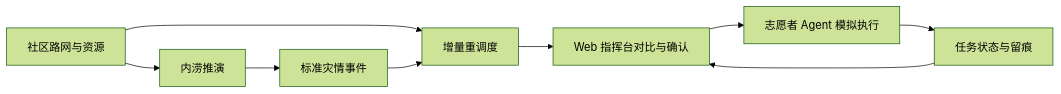
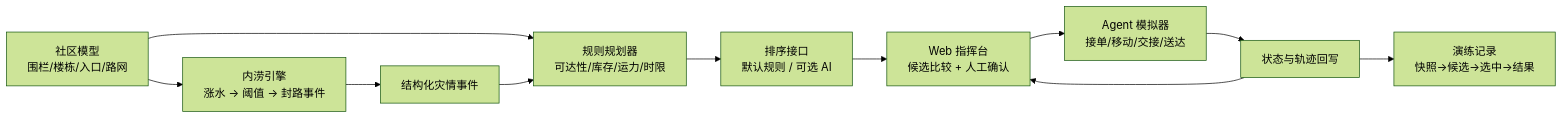
The diagram in docs/architecture.md (limi124/GeoRelay), drawn with Mermaid (forest theme) before and after one commit. The commit also changed other lines of this file and 142 other files, not shown here.

````diff
--- a/docs/architecture.md
+++ b/docs/architecture.md
@@ -5,11 +5,13 @@
 ```mermaid
 flowchart LR
-    A["社区路网与资源"] --> B["内涝推演"]
-    A --> D["增量重调度"]
-    B --> C["标准灾情事件"]
+    A["社区模型<br/>围栏/楼栋/入口/路网"] --> B["内涝引擎<br/>涨水 → 阈值 → 封路事件"]
+    A --> D["规则规划器<br/>可达性/库存/运力/时限"]
+    B --> C["结构化灾情事件"]
     C --> D
-    D --> E["Web 指挥台对比与确认"]
-    E --> F["志愿者 Agent 模拟执行"]
-    F --> G["任务状态与留痕"]
-    G --> E
+    D --> E["排序接口<br/>默认规则 / 可选 AI"]
+    E --> F["Web 指挥台<br/>候选比较 + 人工确认"]
+    F --> G["Agent 模拟器<br/>接单/移动/交接/送达"]
+    G --> H["状态与轨迹回写"]
+    H --> F
+    H --> I["演练记录<br/>快照→候选→选中→结果"]
 ```
````
